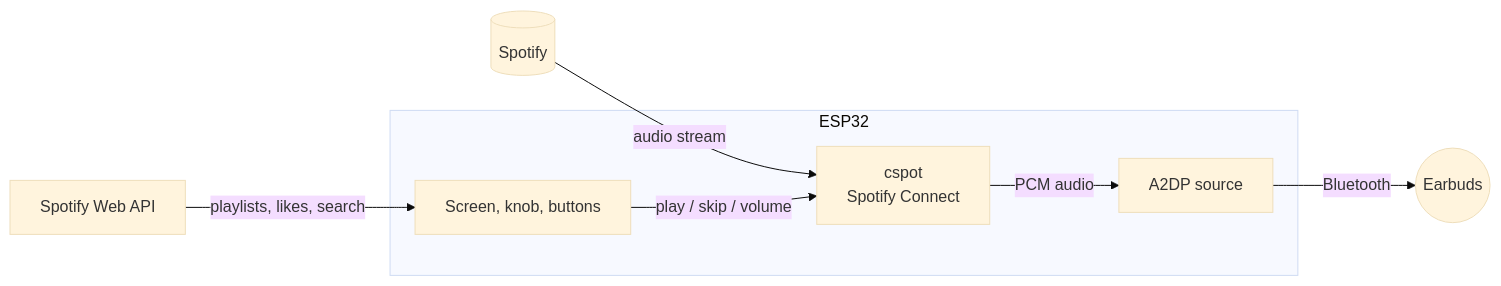
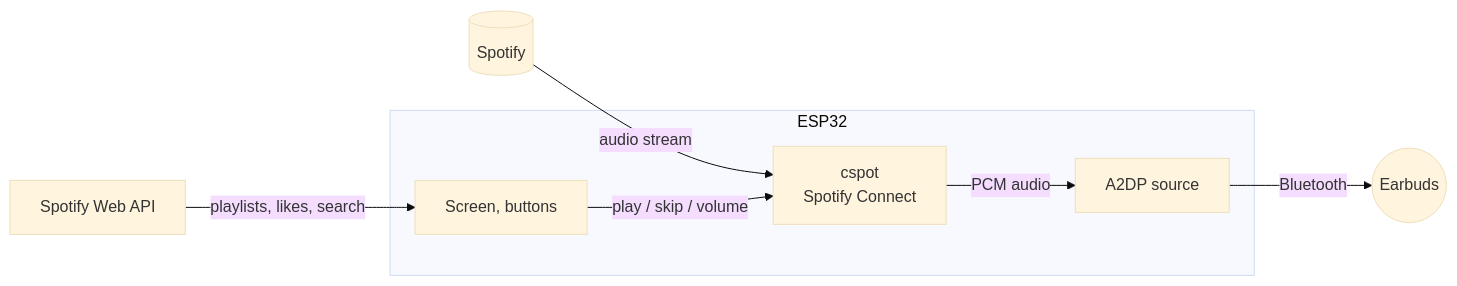
One commit to aashishaxo/eva-01 changed the diagram in README.md. Above: the diagram before and after it, drawn with Mermaid (base theme). The commit also changed other lines of this file and 2 other files, not shown here.

First line of the commit message:
Replace rotary encoder with up/down/select buttons

````diff
--- a/README.md
+++ b/README.md
@@ -11,10 +11,10 @@
 ```mermaid
 flowchart LR
     spotify[(Spotify)] -- audio stream --> cspot
     api[Spotify Web API] -- playlists, likes, search --> ui
     subgraph ESP32
-        ui[Screen, knob, buttons] -- play / skip / volume --> cspot[cspot<br/>Spotify Connect]
+        ui[Screen, buttons] -- play / skip / volume --> cspot[cspot<br/>Spotify Connect]
         cspot -- PCM audio --> a2dp[A2DP source]
     end
     a2dp -- Bluetooth --> buds((Earbuds))
 ```
````
